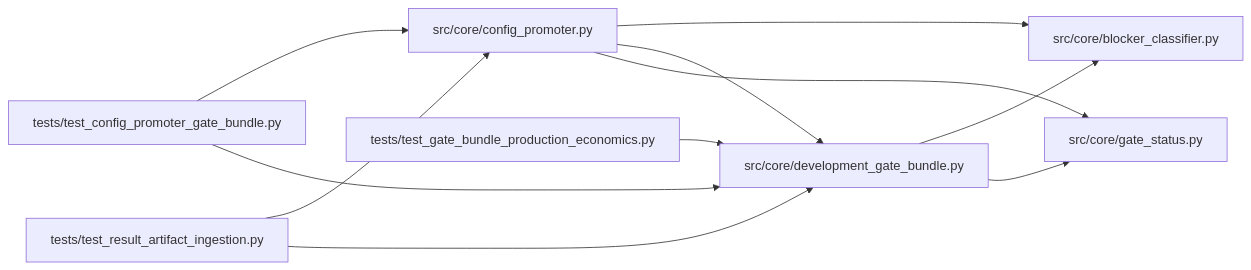
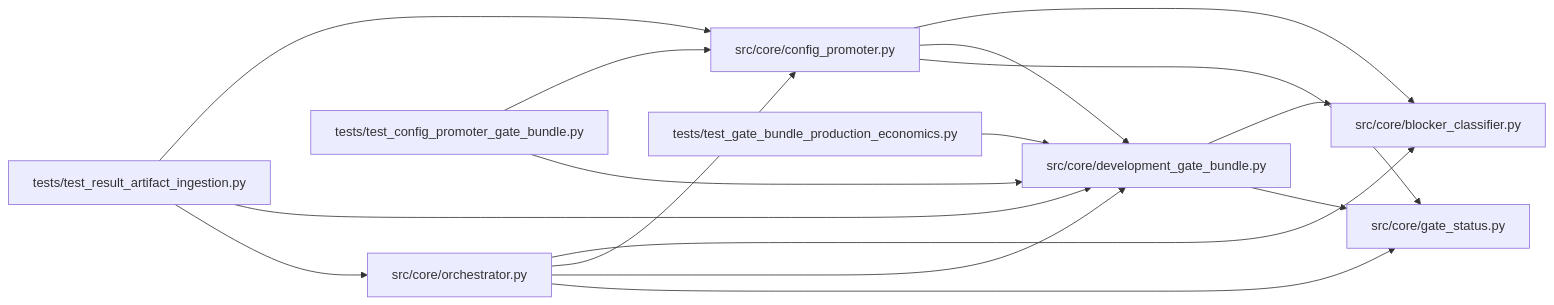
One commit to Denissvgn/autoresearch-agent changed the diagram in docs/llm_wiki/modules/development_gate_bundle.md. Above: the diagram before and after it, drawn with Mermaid. The commit also changed other lines of this file and 1033 other files, not shown here.

````diff
--- a/docs/llm_wiki/modules/development_gate_bundle.md
+++ b/docs/llm_wiki/modules/development_gate_bundle.md
@@ -25,27 +25,34 @@
 ```mermaid
 flowchart LR
     n0["src/core/blocker_classifier.py"]
     n1["src/core/config_promoter.py"]
     n2["src/core/development_gate_bundle.py"]
     n3["src/core/gate_status.py"]
-    n4["tests/test_config_promoter_gate_bundle.py"]
-    n5["tests/test_gate_bundle_production_economics.py"]
-    n6["tests/test_result_artifact_ingestion.py"]
+    n4["src/core/orchestrator.py"]
+    n5["tests/test_config_promoter_gate_bundle.py"]
+    n6["tests/test_gate_bundle_production_economics.py"]
+    n7["tests/test_result_artifact_ingestion.py"]
     n1 --> n0
     n1 --> n2
     n1 --> n3
     n2 --> n0
     n2 --> n3
+    n4 --> n0
     n4 --> n1
     n4 --> n2
+    n4 --> n3
+    n5 --> n1
     n5 --> n2
-    n6 --> n1
     n6 --> n2
+    n7 --> n1
+    n7 --> n2
+    n7 --> n4
     click n0 "../modules/blocker_classifier.md"
     click n1 "../modules/config_promoter.md"
     click n2 "../modules/development_gate_bundle.md"
     click n3 "../modules/gate_status.md"
-    click n4 "../modules/test_config_promoter_gate_bundle.md"
-    click n5 "../modules/test_gate_bundle_production_economics.md"
-    click n6 "../modules/test_result_artifact_ingestion.md"
+    click n4 "../modules/orchestrator.md"
+    click n5 "../modules/test_config_promoter_gate_bundle.md"
+    click n6 "../modules/test_gate_bundle_production_economics.md"
+    click n7 "../modules/test_result_artifact_ingestion.md"
 ```
````
